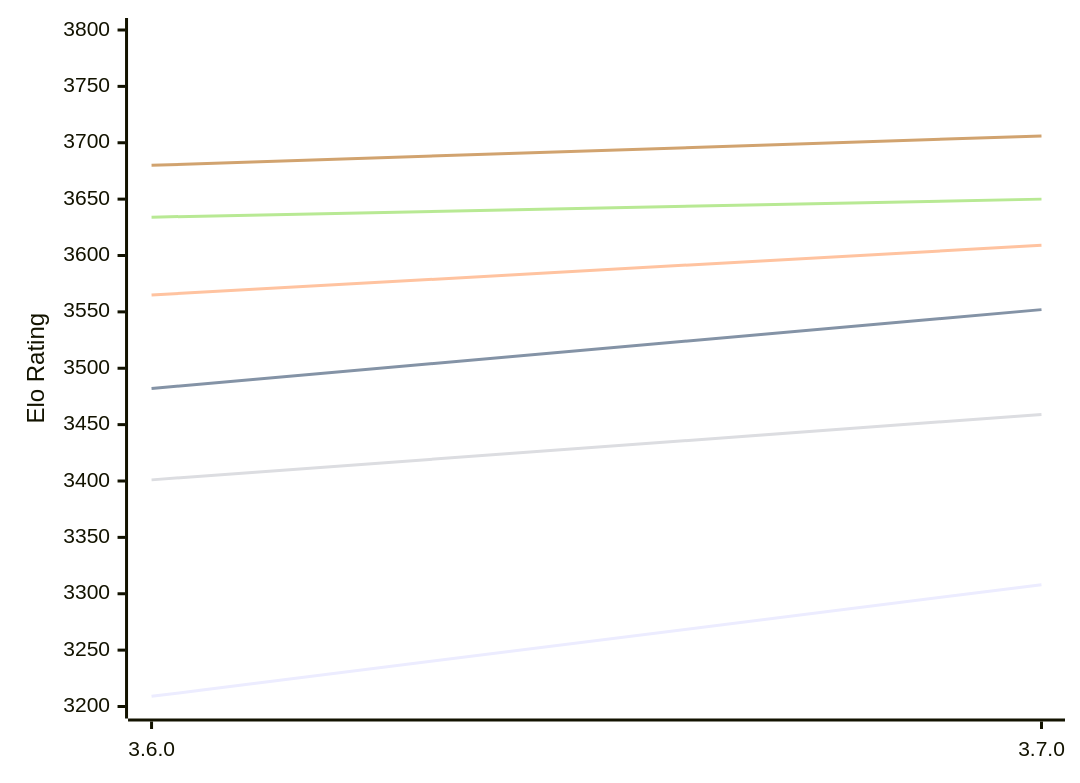
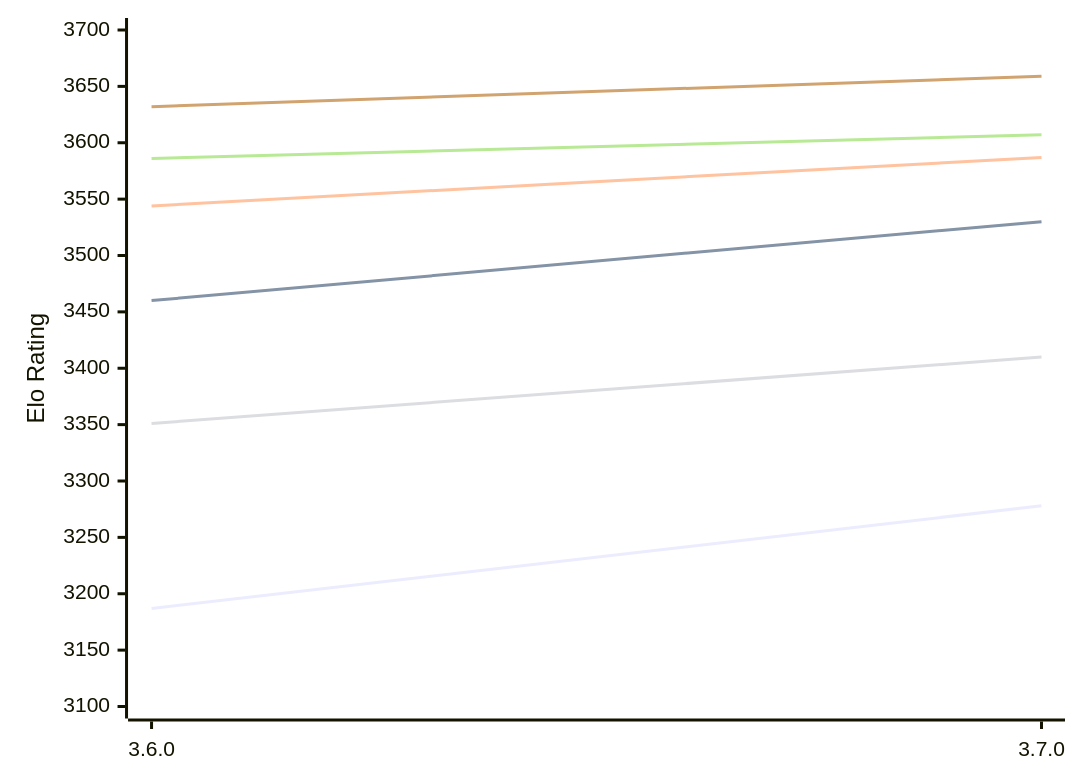
Before and after one commit to computer-chess-index/cci: the diagram in engines/Simplechess.md, drawn with Mermaid. The commit also changed other lines of this file, not shown here.

Commit message:
Update CCI Ratings (ELO VLTC) - 2026-11-08

````diff
--- a/engines/Simplechess.md
+++ b/engines/Simplechess.md
@@ -49,12 +49,12 @@
 ```mermaid
 %%{init: {"theme":"base","themeVariables":{"seriesColors:['#a3a3a3','#222221','#faa371']}}}%%
 xychart-beta
   x-axis ["3.6.0", "3.7.0"]
-  y-axis "Elo Rating" 3200 --> 3800
-  line "E1: STC (8.0+0.08s)" [3209, 3308]
-  line "E1: LTC (60.0+0.60s)" [3482, 3552]
-  line "E1: VLTC (2m24s+1.12s)" [3565, 3609]
-  line "P1: STC (8.0+0.08s)" [3401, 3459]
-  line "P1: LTC (60.0+0.60s)" [3634, 3650]
-  line "P1: VLTC (2m24s+1.12s)" [3680, 3706]
+  y-axis "Elo Rating" 3100 --> 3700
+  line "E1: STC (8.0+0.08s)" [3187, 3278]
+  line "E1: LTC (60.0+0.60s)" [3460, 3530]
+  line "E1: VLTC (2m24s+1.12s)" [3544, 3587]
+  line "P1: STC (8.0+0.08s)" [3351, 3410]
+  line "P1: LTC (60.0+0.60s)" [3586, 3607]
+  line "P1: VLTC (2m24s+1.12s)" [3632, 3659]
 ```
````
